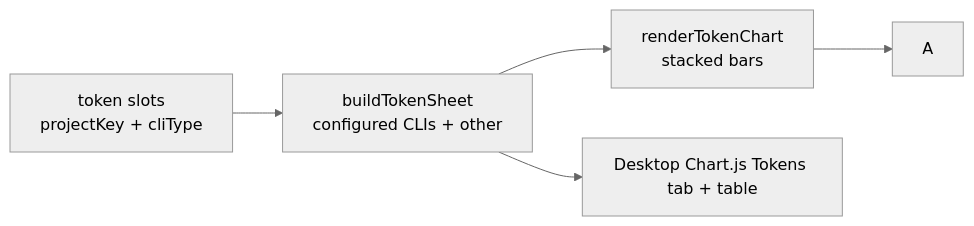
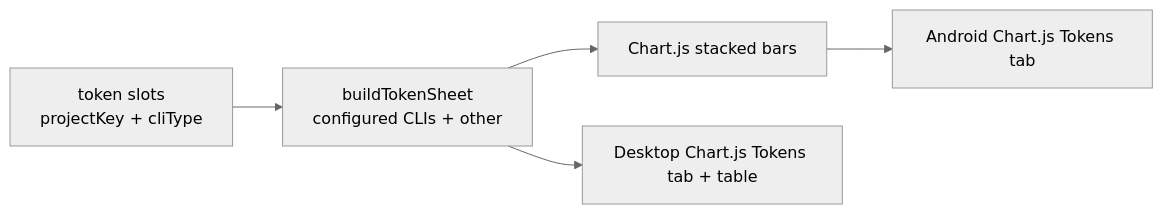
Before and after one commit to PetePeter/helm: the third of 3 diagrams in docs/time-tracking.md, drawn with Mermaid (neutral theme). The commit also changed other lines of this file and 19 other files, not shown here.

Commit message:
refactor(stats): remove legacy SVG chart transport

````diff
--- a/docs/time-tracking.md
+++ b/docs/time-tracking.md
@@ -79,7 +76,7 @@
 ```mermaid
 flowchart LR
   S[token slots<br/>projectKey + cliType] --> B[buildTokenSheet<br/>configured CLIs + other]
-  B --> C[renderTokenChart<br/>stacked bars]
+  B --> C[Chart.js stacked bars]
   B --> D[Desktop Chart.js Tokens tab + table]
-  C --> A
+  C --> A[Android Chart.js Tokens tab]
 ```
````
